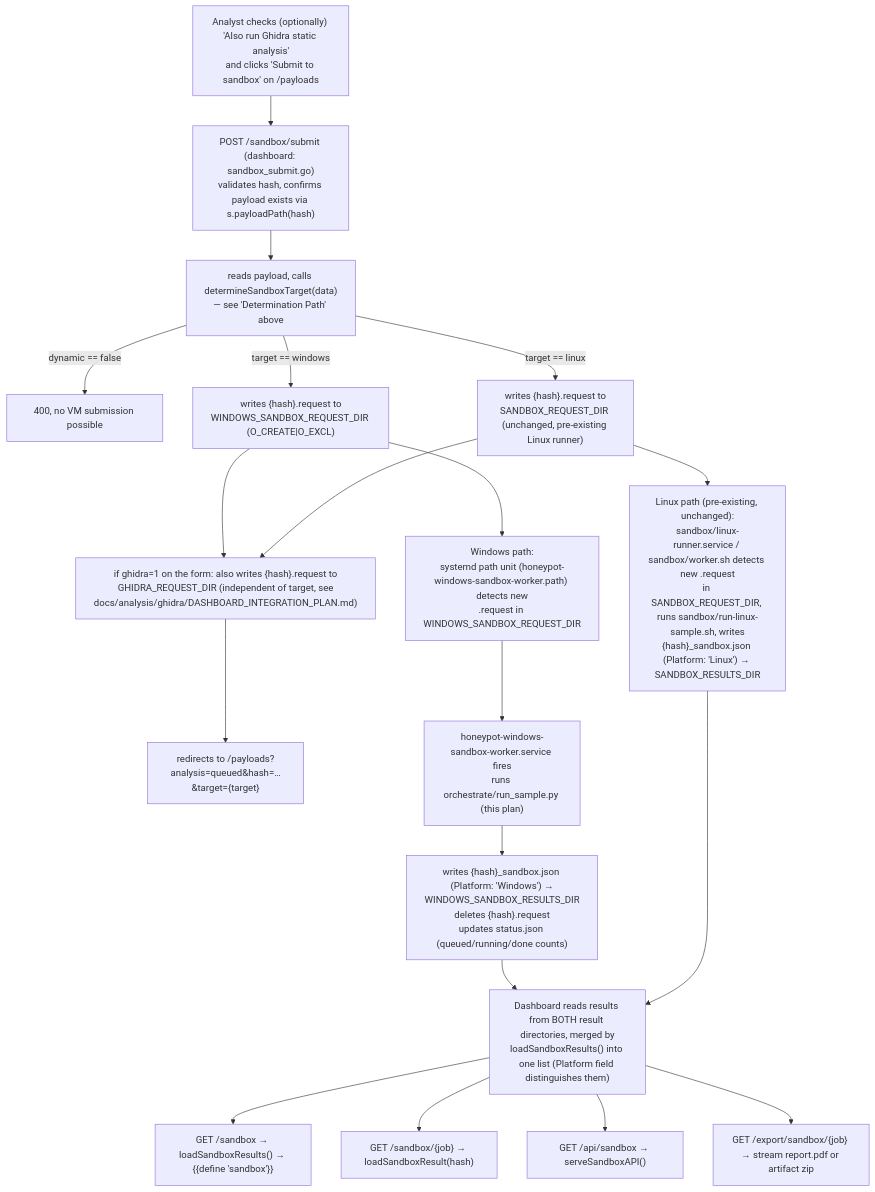
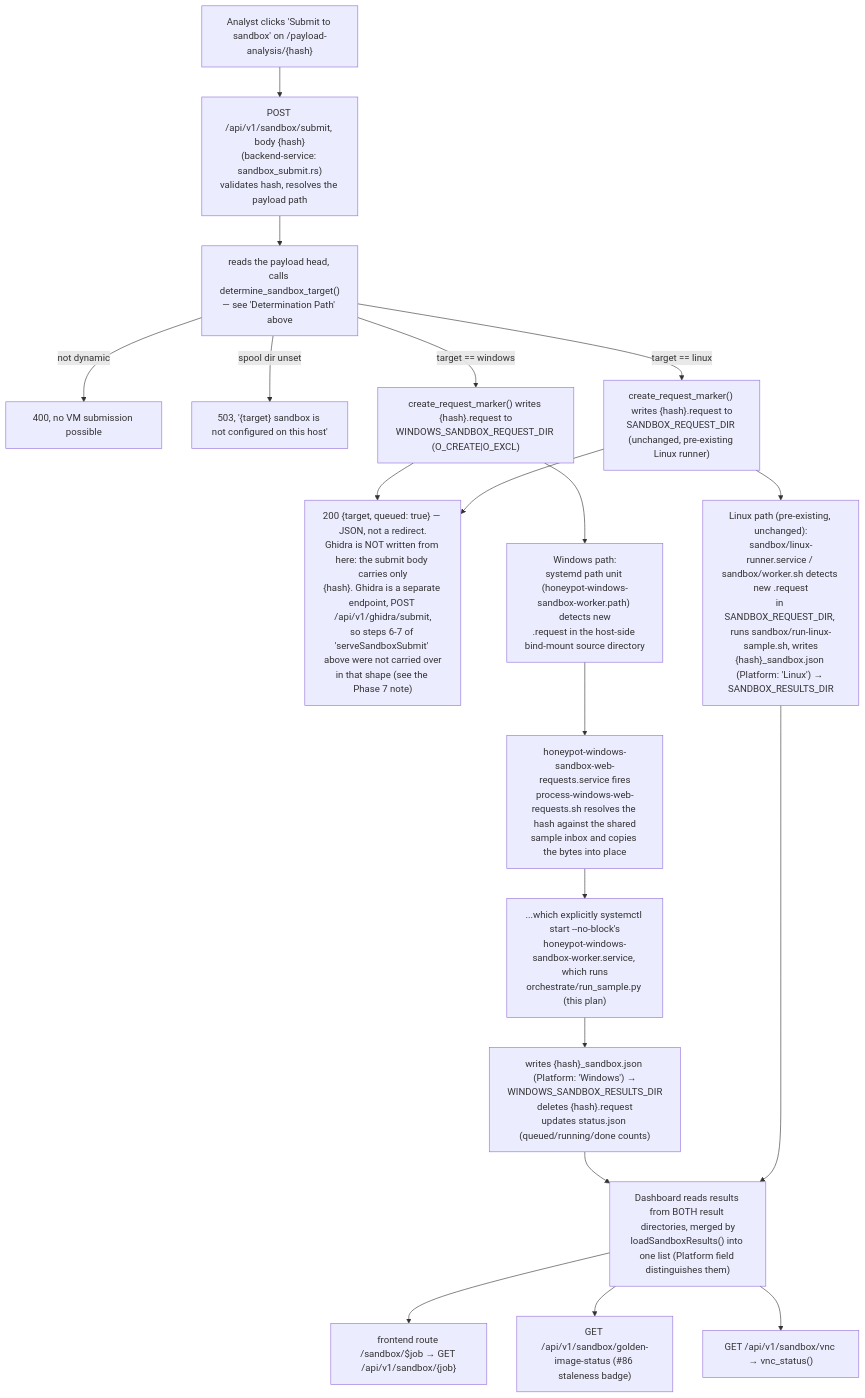
The third of 4 diagrams in docs/sandbox/windows/IMPLEMENTATION_PLAN.md (Xore/APIARY), drawn with Mermaid before and after one commit. The commit also changed other lines of this file and 84 other files, not shown here.

First line of the commit message:
docs: reconcile 43 markdown files with the current repository state, and gate diagram/link rot (#3398)

````diff
--- a/docs/sandbox/windows/IMPLEMENTATION_PLAN.md
+++ b/docs/sandbox/windows/IMPLEMENTATION_PLAN.md
@@ -670,31 +773,31 @@
 ```mermaid
 flowchart TD
-    Analyst["Analyst checks (optionally) 'Also run Ghidra static analysis'<br/>and clicks 'Submit to sandbox' on /payloads"]
-    Submit["POST /sandbox/submit (dashboard: sandbox_submit.go)<br/>validates hash, confirms payload exists via s.payloadPath(hash)"]
-    Determine["reads payload, calls determineSandboxTarget(data)<br/>— see 'Determination Path' above"]
+    Analyst["Analyst clicks 'Submit to sandbox' on /payload-analysis/{hash}"]
+    Submit["POST /api/v1/sandbox/submit, body {hash}<br/>(backend-service: sandbox_submit.rs)<br/>validates hash, resolves the payload path"]
+    Determine["reads the payload head, calls determine_sandbox_target()<br/>— see 'Determination Path' above"]
 
     Analyst --> Submit --> Determine
 
-    Determine -->|"dynamic == false"| Reject["400, no VM submission possible"]
-    Determine -->|"target == windows"| WriteWindows["writes {hash}.request to<br/>WINDOWS_SANDBOX_REQUEST_DIR (O_CREATE|O_EXCL)"]
-    Determine -->|"target == linux"| WriteLinux["writes {hash}.request to<br/>SANDBOX_REQUEST_DIR (unchanged, pre-existing Linux runner)"]
+    Determine -->|"not dynamic"| Reject["400, no VM submission possible"]
+    Determine -->|"spool dir unset"| Unconfigured["503, '{target} sandbox is not configured on this host'"]
+    Determine -->|"target == windows"| WriteWindows["create_request_marker() writes {hash}.request to<br/>WINDOWS_SANDBOX_REQUEST_DIR (O_CREATE|O_EXCL)"]
+    Determine -->|"target == linux"| WriteLinux["create_request_marker() writes {hash}.request to<br/>SANDBOX_REQUEST_DIR (unchanged, pre-existing Linux runner)"]
 
-    WriteWindows --> Ghidra
-    WriteLinux --> Ghidra
-    Ghidra["if ghidra=1 on the form: also writes {hash}.request to<br/>GHIDRA_REQUEST_DIR (independent of target, see<br/>docs/analysis/ghidra/DASHBOARD_INTEGRATION_PLAN.md)"]
-    Ghidra --> Redirect["redirects to /payloads?analysis=queued&amp;hash=…&amp;target={target}"]
+    WriteWindows --> Ack
+    WriteLinux --> Ack
+    Ack["200 {target, queued: true} — JSON, not a redirect.<br/>Ghidra is NOT written from here: the submit body carries only<br/>{hash}. Ghidra is a separate endpoint, POST /api/v1/ghidra/submit,<br/>so steps 6-7 of 'serveSandboxSubmit' above were not carried over<br/>in that shape (see the Phase 7 note)"]
 
-    WriteWindows --> WinPath["Windows path:<br/>systemd path unit (honeypot-windows-sandbox-worker.path) detects new<br/>.request in WINDOWS_SANDBOX_REQUEST_DIR"]
-    WinPath --> WinService["honeypot-windows-sandbox-worker.service fires<br/>runs orchestrate/run_sample.py (this plan)"]
+    WriteWindows --> WinPath["Windows path:<br/>systemd path unit (honeypot-windows-sandbox-worker.path) detects new<br/>.request in the host-side bind-mount source directory"]
+    WinPath --> WinWeb["honeypot-windows-sandbox-web-requests.service fires<br/>process-windows-web-requests.sh resolves the hash against the shared<br/>sample inbox and copies the bytes into place"]
+    WinWeb --> WinService["...which explicitly systemctl start --no-block's<br/>honeypot-windows-sandbox-worker.service, which runs<br/>orchestrate/run_sample.py (this plan)"]
     WinService --> WinResult["writes {hash}_sandbox.json (Platform: 'Windows') →<br/>WINDOWS_SANDBOX_RESULTS_DIR<br/>deletes {hash}.request<br/>updates status.json (queued/running/done counts)"]
 
     WriteLinux --> LinuxPath["Linux path (pre-existing, unchanged):<br/>sandbox/linux-runner.service / sandbox/worker.sh detects new .request<br/>in SANDBOX_REQUEST_DIR, runs sandbox/run-linux-sample.sh, writes<br/>{hash}_sandbox.json (Platform: 'Linux') → SANDBOX_RESULTS_DIR"]
 
     WinResult --> Merge["Dashboard reads results from BOTH result directories, merged by<br/>loadSandboxResults() into one list (Platform field distinguishes them)"]
     LinuxPath --> Merge
 
-    Merge --> R1["GET /sandbox → loadSandboxResults() → {{define 'sandbox'}}"]
-    Merge --> R2["GET /sandbox/{job} → loadSandboxResult(hash)"]
-    Merge --> R3["GET /api/sandbox → serveSandboxAPI()"]
-    Merge --> R4["GET /export/sandbox/{job} → stream report.pdf or artifact zip"]
+    Merge --> R1["frontend route /sandbox/$job → GET /api/v1/sandbox/{job}"]
+    Merge --> R2["GET /api/v1/sandbox/golden-image-status (#86 staleness badge)"]
+    Merge --> R3["GET /api/v1/sandbox/vnc → vnc_status()"]
 ```
````
